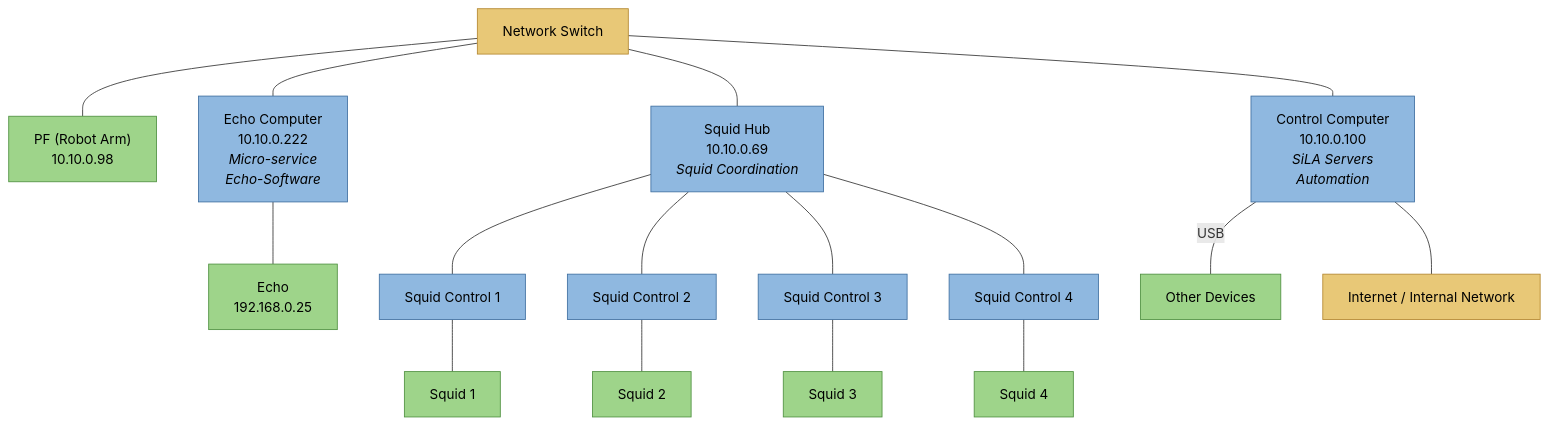
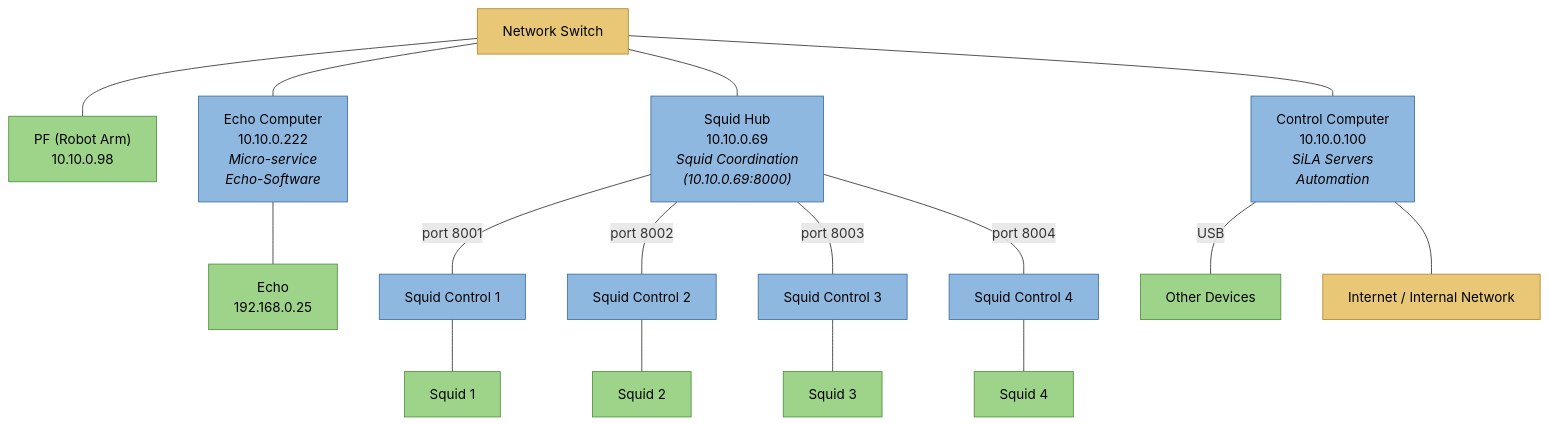
Before and after one commit to pharmbio/cage2_automation: the first of 2 diagrams in connection_setup.md, drawn with Mermaid.

Commit message:
updated connection setup

````diff
--- a/connection_setup.md
+++ b/connection_setup.md
@@ -8,46 +8,46 @@
 ```mermaid
 graph TD
     SW["Network Switch"]
 
     PF["PF (Robot Arm)<br/>10.10.0.98"]
     CTRL["Control Computer<br/>10.10.0.100<br/><i>SiLA Servers</i><br/><i>Automation</i>"]
     ECHO["Echo Computer<br/>10.10.0.222<br/><i>Micro-service</i><br/><i>Echo-Software</i>"]
-    SQUID["Squid Hub<br/>10.10.0.69<br/><i>Squid Coordination</i>"]
+    SQUID["Squid Hub<br/>10.10.0.69<br/><i>Squid Coordination<br/>(10.10.0.69:8000)</i>"]
 
     SW --- PF
     SW --- CTRL
     SW --- ECHO
     SW --- SQUID
 
     ECHODEV["Echo<br/>192.168.0.25"]
     SC1["Squid Control 1"]
     SC2["Squid Control 2"]
     SC3["Squid Control 3"]
     SC4["Squid Control 4"]
     SQ1["Squid 1"]
     SQ2["Squid 2"]
     SQ3["Squid 3"]
     SQ4["Squid 4"]
     OTHER["Other Devices"]
     NET["Internet / Internal Network"]
 
     CTRL --- NET
     ECHO --- ECHODEV
-    SQUID --- SC1
-    SQUID --- SC2
-    SQUID --- SC3
-    SQUID --- SC4
+    SQUID --- |port 8001| SC1
+    SQUID --- |port 8002| SC2
+    SQUID --- |port 8003| SC3
+    SQUID --- |port 8004| SC4
     SC1 --- SQ1
     SC2 --- SQ2
     SC3 --- SQ3
     SC4 --- SQ4
     CTRL --- |USB| OTHER
 
     classDef computer fill:#8fb8e0,stroke:#3f6fa0,color:#000
     classDef device fill:#9ed48a,stroke:#4f9040,color:#000
     classDef network fill:#e8c877,stroke:#b3872f,color:#000
 
     class CTRL,ECHO,SC1,SC2,SC3,SC4,SQUID computer
     class PF,ECHODEV,SQ1,SQ2,SQ3,SQ4,OTHER device
     class SW,NET network
 ```
````
